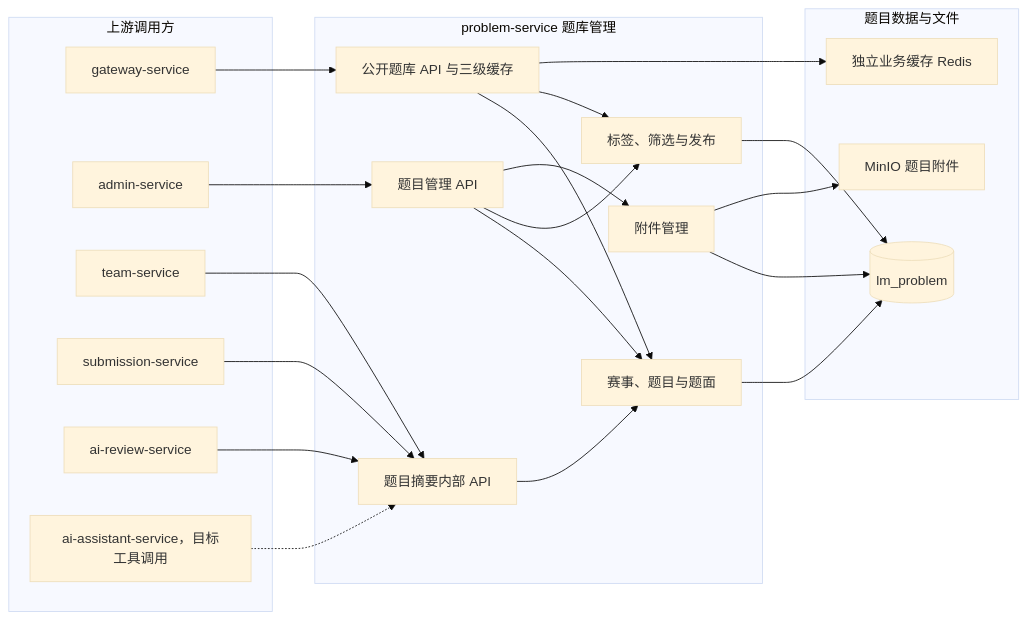
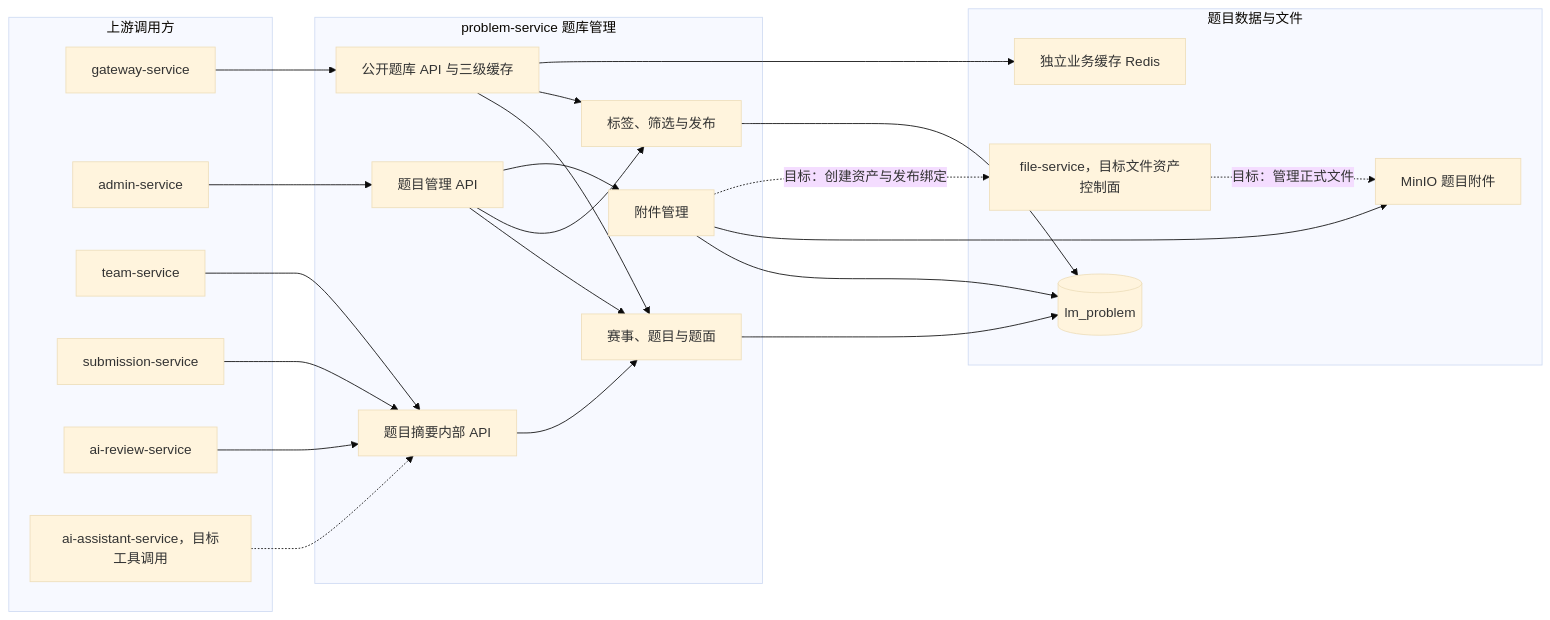
The diagram in docs/project/03-微服务设计/problem-service/README.md (Dorian7Alden/LeetModel), drawn with Mermaid (base theme) before and after one commit. The commit also changed other lines of this file and 29 other files, not shown here.

````diff
--- a/docs/project/03-微服务设计/problem-service/README.md
+++ b/docs/project/03-微服务设计/problem-service/README.md
@@ -13,45 +13,48 @@
 ```mermaid
 flowchart LR
     subgraph callers["上游调用方"]
         apiGateway["gateway-service"]
         adminService["admin-service"]
         teamService["team-service"]
         submissionService["submission-service"]
         reviewService["ai-review-service"]
         assistantService["ai-assistant-service，目标工具调用"]
     end
 
     subgraph problem["problem-service 题库管理"]
         publicApi["公开题库 API 与三级缓存"]
         manageApi["题目管理 API"]
         internalApi["题目摘要内部 API"]
         contestProblem["赛事、题目与题面"]
         tagPublish["标签、筛选与发布"]
         attachment["附件管理"]
 
         publicApi --> contestProblem
         publicApi --> tagPublish
         manageApi --> contestProblem
         manageApi --> tagPublish
         manageApi --> attachment
         internalApi --> contestProblem
     end
 
     subgraph data["题目数据与文件"]
         problemDatabase[(lm_problem)]
         minio["MinIO 题目附件"]
+        fileService["file-service，目标文件资产控制面"]
         cacheRedis["独立业务缓存 Redis"]
     end
 
     apiGateway --> publicApi
     adminService --> manageApi
     teamService --> internalApi
     submissionService --> internalApi
     reviewService --> internalApi
     assistantService -.-> internalApi
     contestProblem --> problemDatabase
     tagPublish --> problemDatabase
     attachment --> problemDatabase
     attachment --> minio
+    attachment -. "目标：创建资产与发布绑定" .-> fileService
+    fileService -. "目标：管理正式文件" .-> minio
     publicApi --> cacheRedis
 ```
````
